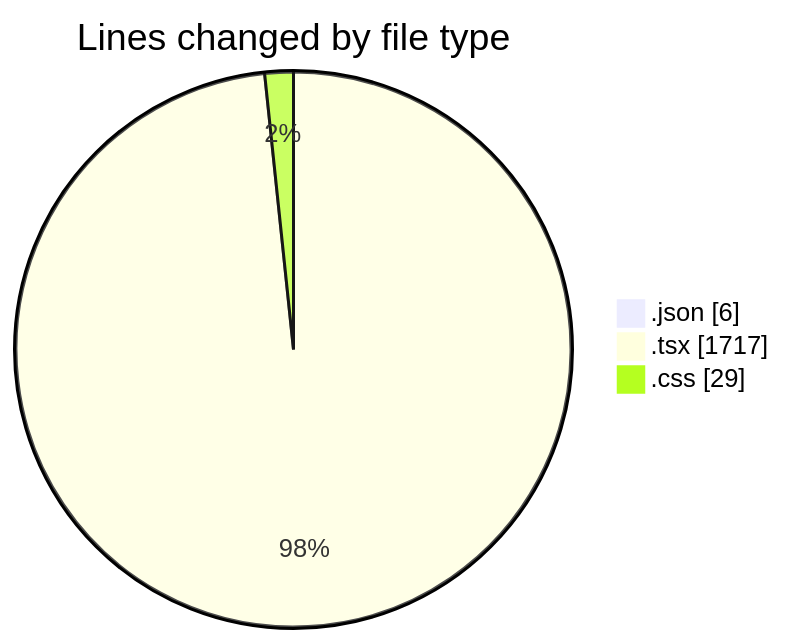
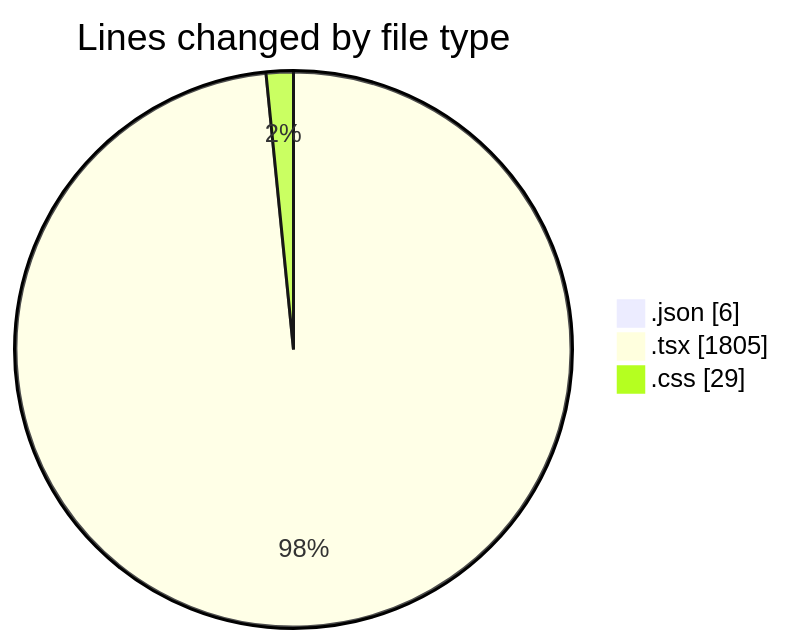
Before and after one commit to Elitesun/code-tracking: the first of 2 diagrams in 2025-04-07/sungpt/README.md, drawn with Mermaid. The commit also changed other lines of this file and 1 other file, not shown here.

````diff
--- a/2025-04-07/sungpt/README.md
+++ b/2025-04-07/sungpt/README.md
@@ -27,7 +27,7 @@
 ```mermaid
 pie showData
 title Lines changed by file type
 ".json" : 6
-".tsx" : 1717
+".tsx" : 1805
 ".css" : 29
 ```
````
